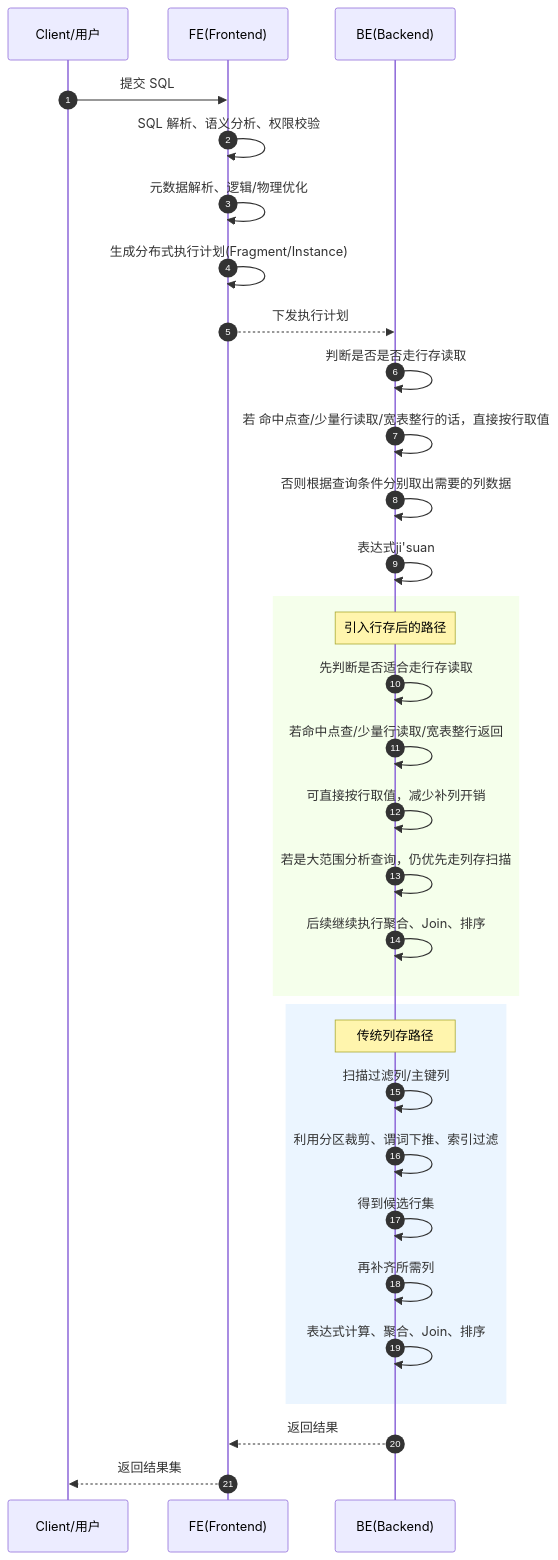
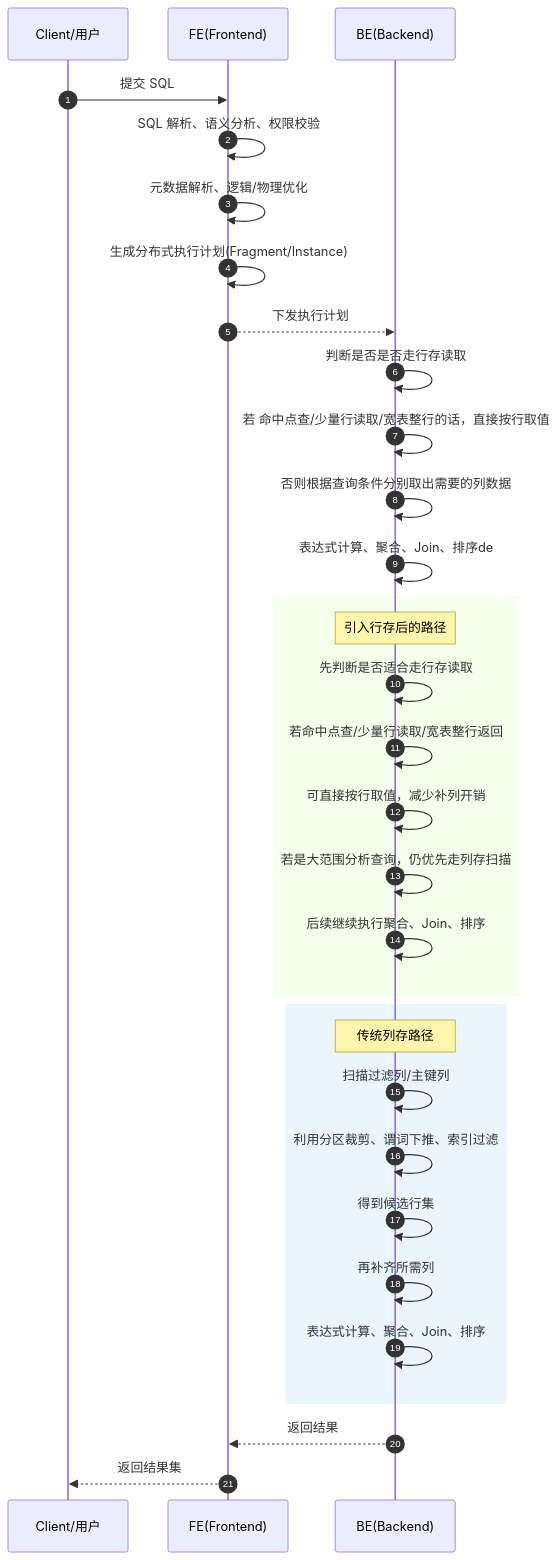
The diagram in all/未命名-4.md (HY-10-8/iodraw-files), drawn with Mermaid before and after one commit.

Commit message:
2026-04-22 17:47:18 update

````diff
--- a/all/未命名-4.md
+++ b/all/未命名-4.md
@@ -1,53 +1,53 @@
 ```mermaid
 sequenceDiagram
     autonumber
 
     participant Client as Client/用户
     participant FE as FE(Frontend)
     participant BE as BE(Backend)
     
     Client->>FE: 提交 SQL
     FE->>FE: SQL 解析、语义分析、权限校验
     FE->>FE: 元数据解析、逻辑/物理优化
     FE->>FE: 生成分布式执行计划(Fragment/Instance)
     FE-->>BE: 下发执行计划
 
     BE->>BE: 判断是否是否走行存读取
     BE->>BE: 若 命中点查/少量行读取/宽表整行的话，直接按行取值
     BE->>BE: 否则根据查询条件分别取出需要的列数据
-    BE->>BE: 表达式ji'suan
+    BE->>BE: 表达式计算、聚合、Join、排序de
 
 
 
 
     rect rgb(245,255,235)
         Note over BE: 引入行存后的路径
         BE->>BE: 先判断是否适合走行存读取
         BE->>BE: 若命中点查/少量行读取/宽表整行返回
         BE->>BE: 可直接按行取值，减少补列开销
         BE->>BE: 若是大范围分析查询，仍优先走列存扫描
         BE->>BE: 后续继续执行聚合、Join、排序
     end
 
 
     rect rgb(235,245,255)
         Note over BE: 传统列存路径
         BE->>BE: 扫描过滤列/主键列
         BE->>BE: 利用分区裁剪、谓词下推、索引过滤
         BE->>BE: 得到候选行集
         BE->>BE: 再补齐所需列
         BE->>BE: 表达式计算、聚合、Join、排序
     end
 
     BE-->>FE: 返回结果
     FE-->>Client: 返回结果集
 
 
 
 
 
 
 
 
 
 ```
````
